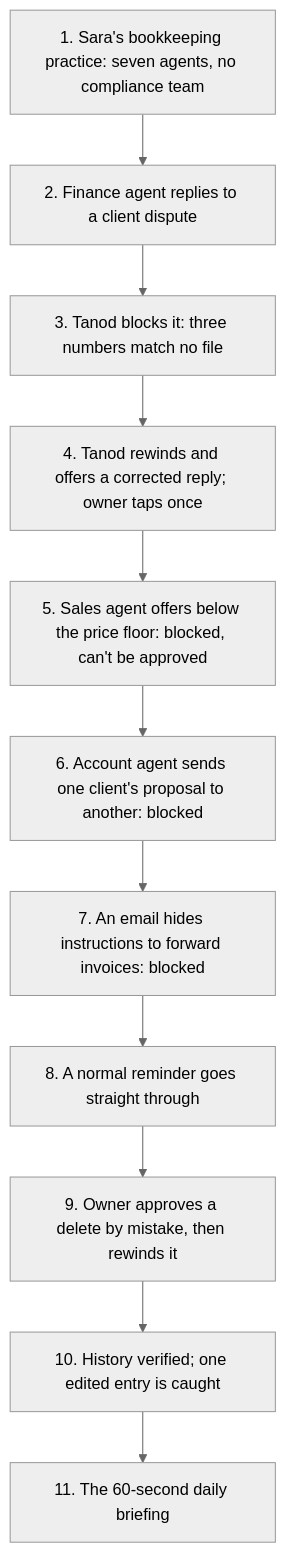
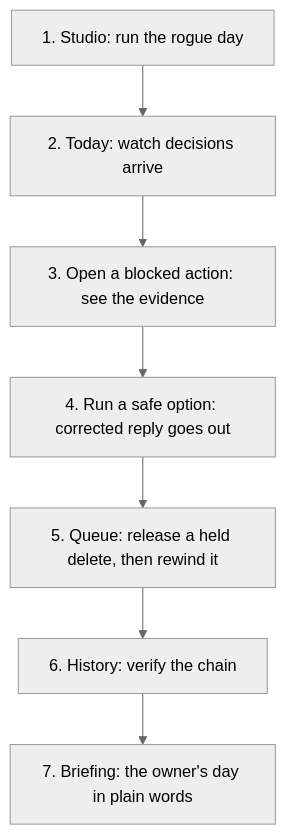
The diagram in DEMO-WALKTHROUGH.md (aljabrialam/tanod), drawn with Mermaid (neutral theme) before and after one commit. The commit also changed other lines of this file and 3 other files, not shown here.

````diff
--- a/DEMO-WALKTHROUGH.md
+++ b/DEMO-WALKTHROUGH.md
@@ -16,15 +21,9 @@
 ```mermaid
 flowchart TB
-  S1["1. Sara's bookkeeping practice: seven agents, no compliance team"]
-  S2["2. Finance agent replies to a client dispute"]
-  S3["3. Tanod blocks it: three numbers match no file"]
-  S4["4. Tanod rewinds and offers a corrected reply; owner taps once"]
-  S5["5. Sales agent offers below the price floor: blocked, can't be approved"]
-  S6["6. Account agent sends one client's proposal to another: blocked"]
-  S7["7. An email hides instructions to forward invoices: blocked"]
-  S8["8. A normal reminder goes straight through"]
-  S9["9. Owner approves a delete by mistake, then rewinds it"]
-  S10["10. History verified; one edited entry is caught"]
-  S11["11. The 60-second daily briefing"]
-  S1 --> S2 --> S3 --> S4 --> S5 --> S6 --> S7 --> S8 --> S9 --> S10 --> S11
+  A["1. Studio: run the rogue day"] --> B["2. Today: watch decisions arrive"]
+  B --> C["3. Open a blocked action: see the evidence"]
+  C --> D["4. Run a safe option: corrected reply goes out"]
+  D --> E["5. Queue: release a held delete, then rewind it"]
+  E --> F["6. History: verify the chain"]
+  F --> G["7. Briefing: the owner's day in plain words"]
 ```
````
